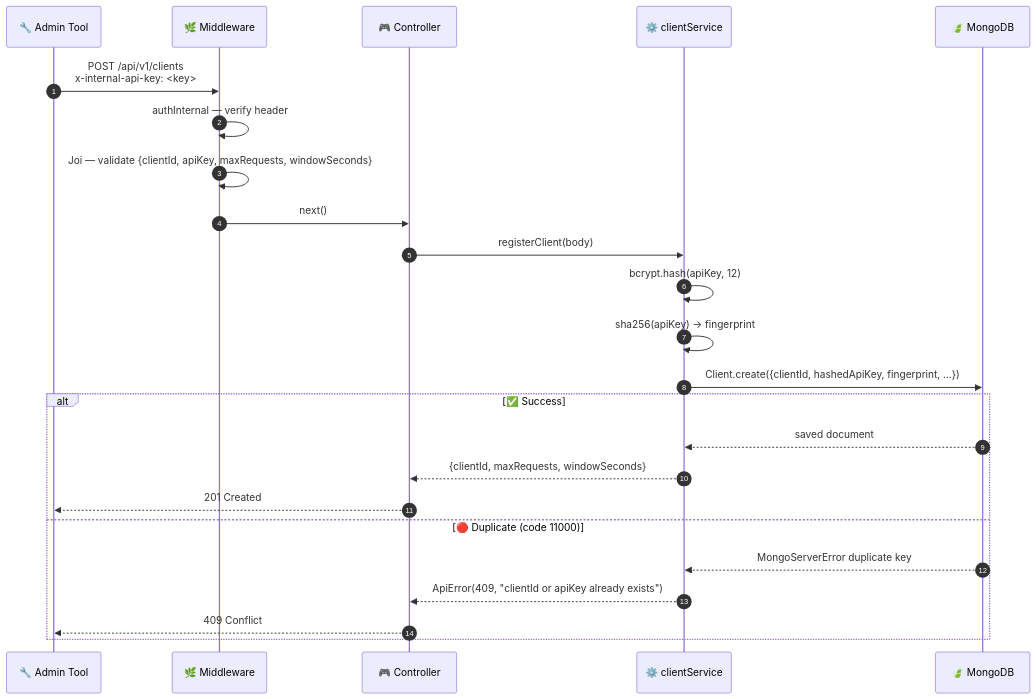
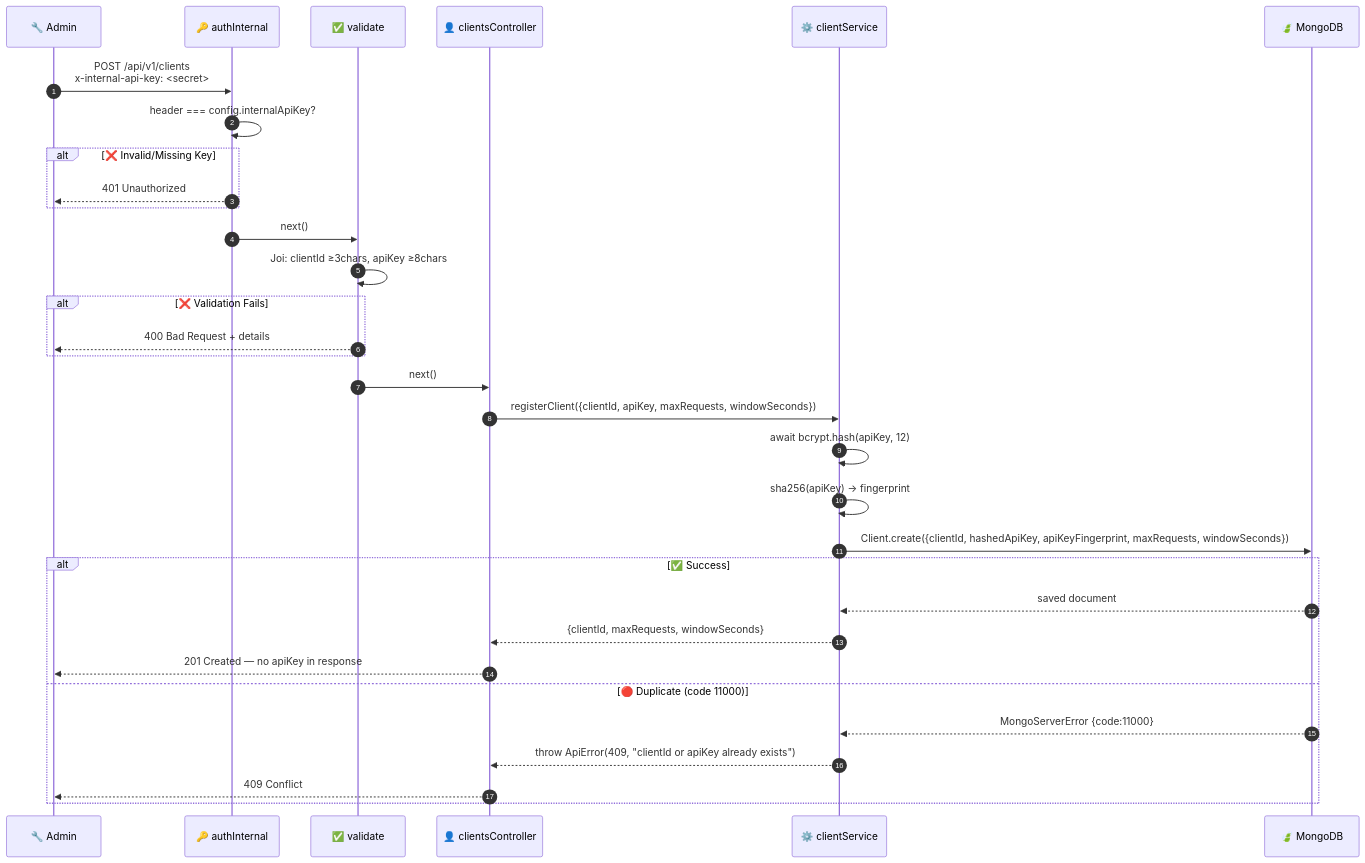
One commit to ramalokeshreddyp/RateGuard changed the seventh of 16 diagrams in ARCHITECTURE.md. Above: the diagram before and after it, drawn with Mermaid. The commit also changed other lines of this file and 2 other files, not shown here.

Commit message:
docs: comprehensive rewrite of README, ARCHITECTURE, and projectdocumentation with rich MermaidJS diagrams

````diff
--- a/ARCHITECTURE.md
+++ b/ARCHITECTURE.md
@@ -185,28 +352,40 @@
 ```mermaid
 sequenceDiagram
     autonumber
-    participant A as 🔧 Admin Tool
-    participant M as 🌿 Middleware
-    participant C as 🎮 Controller
-    participant S as ⚙️ clientService
-    participant DB as 🍃 MongoDB
+    participant ADM as 🔧 Admin
+    participant AUTH as 🔑 authInternal
+    participant VAL as ✅ validate
+    participant CC as 👤 clientsController
+    participant CS as ⚙️ clientService
+    participant MDB as 🍃 MongoDB
 
-    A->>M: POST /api/v1/clients<br/>x-internal-api-key: <key>
-    M->>M: authInternal — verify header
-    M->>M: Joi — validate {clientId, apiKey, maxRequests, windowSeconds}
-    M->>C: next()
-    C->>S: registerClient(body)
-    S->>S: bcrypt.hash(apiKey, 12)
-    S->>S: sha256(apiKey) → fingerprint
-    S->>DB: Client.create({clientId, hashedApiKey, fingerprint, ...})
+    ADM->>AUTH: POST /api/v1/clients<br/>x-internal-api-key: <secret>
+    AUTH->>AUTH: header === config.internalApiKey?
+
+    alt ❌ Invalid/Missing Key
+        AUTH-->>ADM: 401 Unauthorized
+    end
+
+    AUTH->>VAL: next()
+    VAL->>VAL: Joi: clientId ≥3chars, apiKey ≥8chars
+
+    alt ❌ Validation Fails
+        VAL-->>ADM: 400 Bad Request + details
+    end
+
+    VAL->>CC: next()
+    CC->>CS: registerClient({clientId, apiKey, maxRequests, windowSeconds})
+    CS->>CS: await bcrypt.hash(apiKey, 12)
+    CS->>CS: sha256(apiKey) → fingerprint
+    CS->>MDB: Client.create({clientId, hashedApiKey, apiKeyFingerprint, maxRequests, windowSeconds})
 
     alt ✅ Success
-        DB-->>S: saved document
-        S-->>C: {clientId, maxRequests, windowSeconds}
-        C-->>A: 201 Created
+        MDB-->>CS: saved document
+        CS-->>CC: {clientId, maxRequests, windowSeconds}
+        CC-->>ADM: 201 Created — no apiKey in response
     else 🔴 Duplicate (code 11000)
-        DB-->>S: MongoServerError duplicate key
-        S-->>C: ApiError(409, "clientId or apiKey already exists")
-        C-->>A: 409 Conflict
+        MDB-->>CS: MongoServerError {code:11000}
+        CS-->>CC: throw ApiError(409, "clientId or apiKey already exists")
+        CC-->>ADM: 409 Conflict
     end
 ```
````
